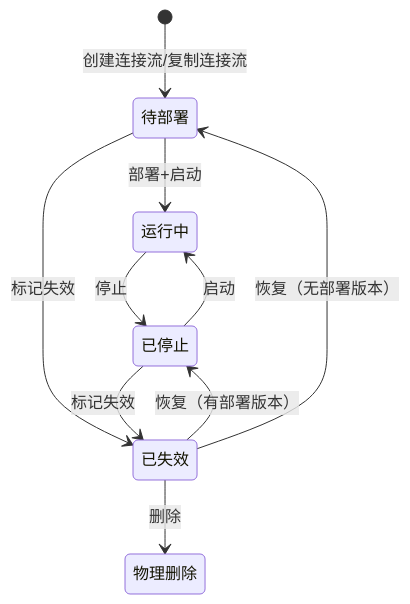
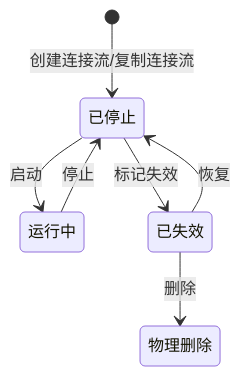
The fourth of 12 diagrams in .sddu/specs-tree-root/specs-tree-connector-platform-v3/需求设计说明书-connector-platform-v2.md (THZSummer/open-app), drawn with Mermaid before and after one commit. The commit also changed other lines of this file and 4 other files, not shown here.

````diff
--- a/.sddu/specs-tree-root/specs-tree-connector-platform-v3/需求设计说明书-connector-platform-v2.md
+++ b/.sddu/specs-tree-root/specs-tree-connector-platform-v3/需求设计说明书-connector-platform-v2.md
@@ -294,17 +296,13 @@
 ```mermaid
 stateDiagram-v2
-    state "待部署" as 待部署
+    state "已停止" as 已停止
     state "运行中" as 运行中
-    state "已停止" as 已停止
     state "已失效" as 已失效
 
-    [*] --> 待部署 : 创建连接流/复制连接流
-    待部署 --> 运行中 : 部署+启动
-    待部署 --> 已失效 : 标记失效
+    [*] --> 已停止 : 创建连接流/复制连接流
+    已停止 --> 运行中 : 启动
     运行中 --> 已停止 : 停止
-    已停止 --> 运行中 : 启动
     已停止 --> 已失效 : 标记失效
-    已失效 --> 已停止 : 恢复（有部署版本）
-    已失效 --> 待部署 : 恢复（无部署版本）
+    已失效 --> 已停止 : 恢复
     已失效 --> 物理删除 : 删除
 ```
````
